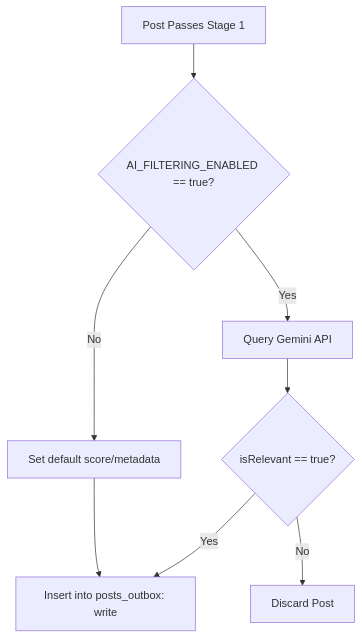
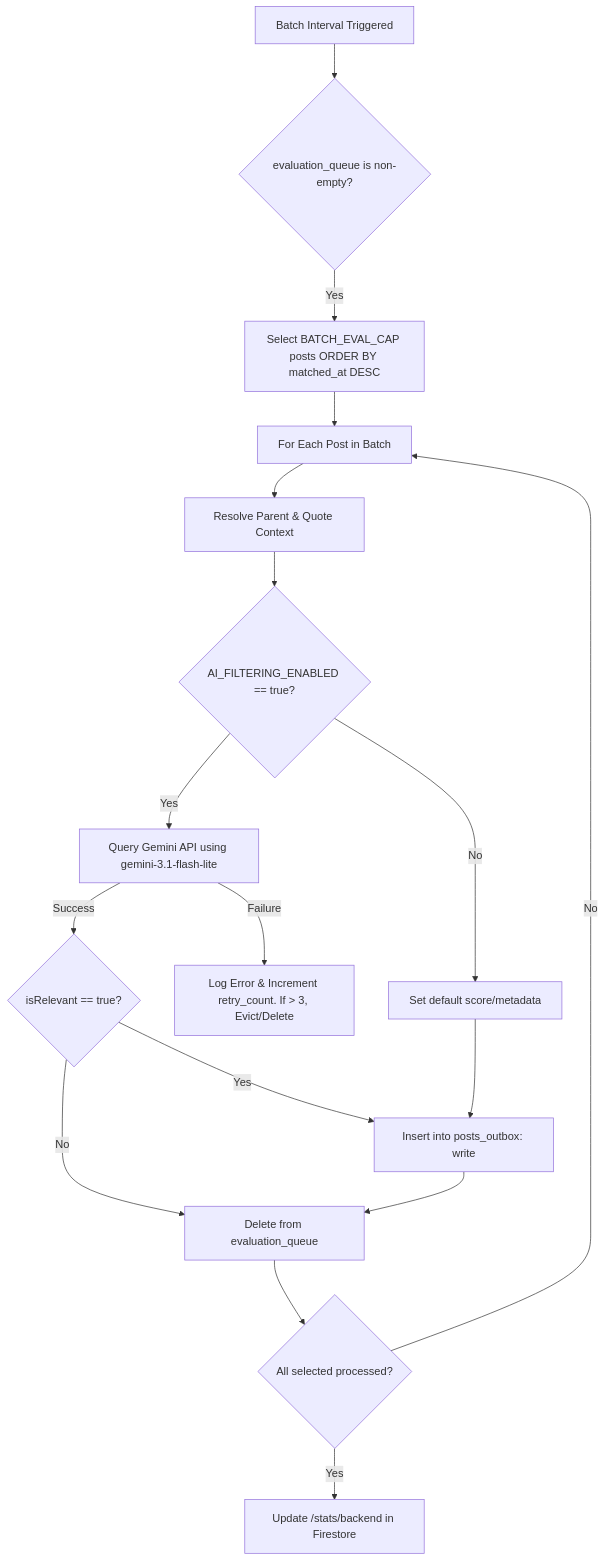
Before and after one commit to rochebit/social-algo: the diagram in spec/workflows/filtering_pipeline.md, drawn with Mermaid. The commit also changed other lines of this file and 5 other files, not shown here.

Commit message:
spec: update specifications for batching, gemini-3.1-flash-lite, and side drawer stats panel

````diff
--- a/spec/workflows/filtering_pipeline.md
+++ b/spec/workflows/filtering_pipeline.md
@@ -263,13 +283,24 @@
 ```mermaid
 graph TD
-    Start[Post Passes Stage 1] --> CheckConfig{AI_FILTERING_ENABLED == true?}
+    Start[Batch Interval Triggered] --> CheckQueue{evaluation_queue is non-empty?}
+    CheckQueue -- Yes --> SelectBatch[Select BATCH_EVAL_CAP posts ORDER BY matched_at DESC]
+    SelectBatch --> ForEach[For Each Post in Batch]
+    ForEach --> ResolveContext[Resolve Parent & Quote Context]
+    ResolveContext --> CheckConfig{AI_FILTERING_ENABLED == true?}
     
-    CheckConfig -- Yes --> CallLLM[Query Gemini API]
-    CallLLM --> CheckScore{isRelevant == true?}
+    CheckConfig -- Yes --> CallLLM[Query Gemini API using gemini-3.1-flash-lite]
+    CallLLM -- Success --> CheckScore{isRelevant == true?}
+    CheckScore -- Yes --> QueueOutbox[Insert into posts_outbox: write]
+    CheckScore -- No --> DeleteQueue[Delete from evaluation_queue]
     
-    CheckScore -- Yes --> QueueOutbox[Insert into posts_outbox: write]
-    CheckScore -- No --> Discard[Discard Post]
+    CallLLM -- Failure --> HandleFailure[Log Error & Increment retry_count. If > 3, Evict/Delete]
     
     CheckConfig -- No --> WriteBypass[Set default score/metadata]
     WriteBypass --> QueueOutbox
+    
+    QueueOutbox --> DeleteQueue
+    
+    DeleteQueue --> CheckMore{All selected processed?}
+    CheckMore -- Yes --> UpdateStats[Update /stats/backend in Firestore]
+    CheckMore -- No --> ForEach
 ```
````
